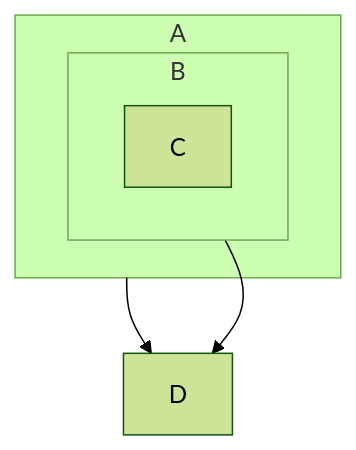
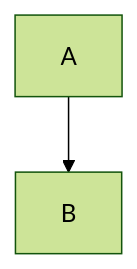
Before and after one commit to mtlabdo/Recette-Express: the diagram in README.md, drawn with Mermaid (forest theme). The commit also changed other lines of this file, not shown here.

Commit message:
mermaid test3

````diff
--- a/README.md
+++ b/README.md
@@ -37,10 +39,4 @@
 ```mermaid
-	graph TD;
-	subgraph A
-	  subgraph B
-		C
-	  end
-	end
-	A --> D
-	B --> D
+graph TD;
+   A-->B;
 ```
````
